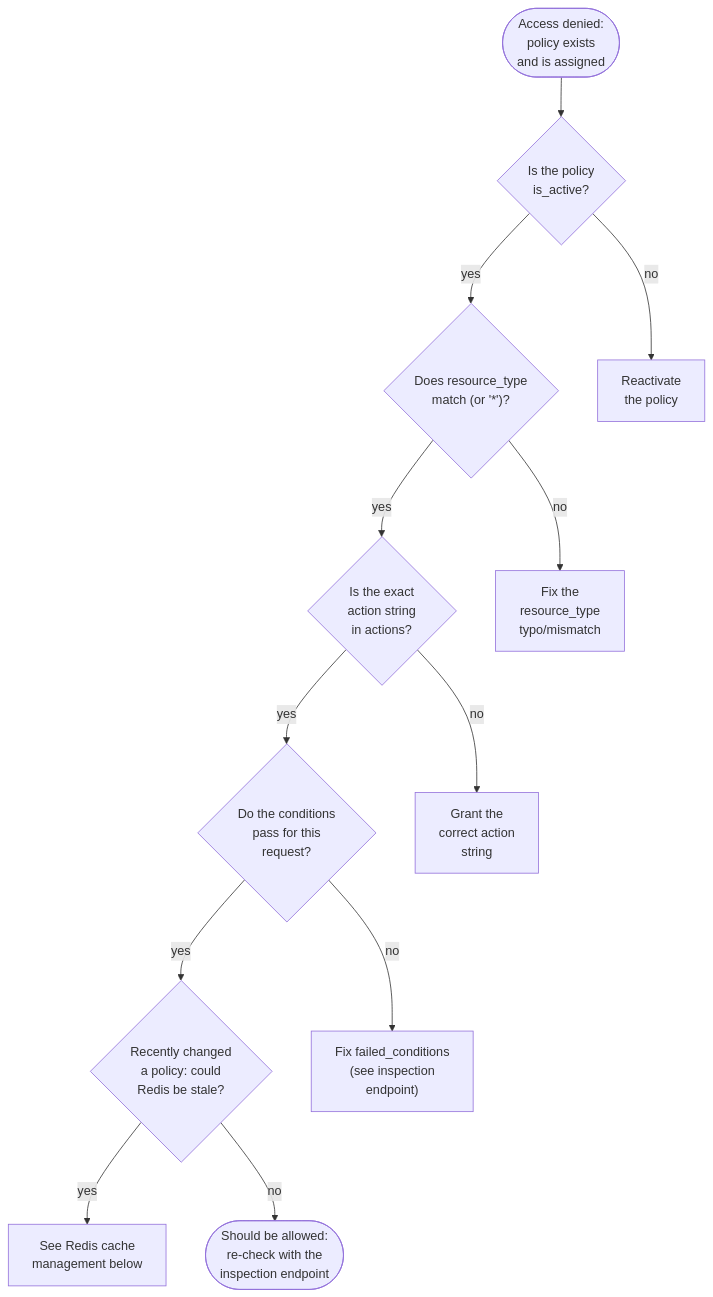
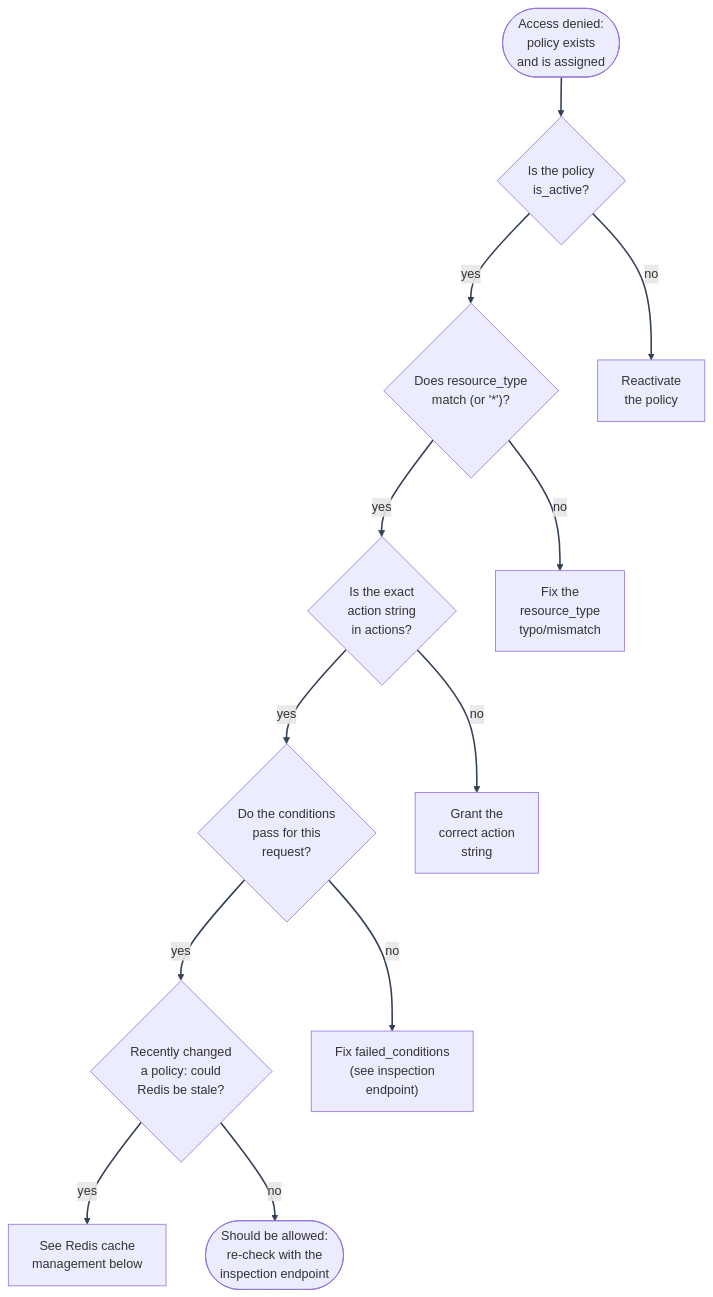
One commit to Nachiket-2024/mystic-auth changed the diagram in docs/mystic_auth/authorization/troubleshooting.md. Above: the diagram before and after it, drawn with Mermaid. The commit also changed other lines of this file and 630 other files, not shown here.

````diff
--- a/docs/mystic_auth/authorization/troubleshooting.md
+++ b/docs/mystic_auth/authorization/troubleshooting.md
@@ -24,27 +28,29 @@
 ```mermaid
+%%{init: {"themeVariables": {"lineColor": "#334155"}} }%%
 flowchart TD
-    Start(["Access denied:<br/>policy exists<br/>and is assigned"])
-    Active{"Is the policy<br/>is_active?"}
-    ResType{"Does resource_type<br/>match (or '*')?"}
-    Action{"Is the exact<br/>action string<br/>in actions?"}
-    Cond{"Do the conditions<br/>pass for this<br/>request?"}
-    Cache{"Recently changed<br/>a policy: could<br/>Redis be stale?"}
-    Fix1["Reactivate<br/>the policy"]
-    Fix2["Fix the<br/>resource_type<br/>typo/mismatch"]
-    Fix3["Grant the<br/>correct action<br/>string"]
-    Fix4["Fix failed_conditions<br/>(see inspection<br/>endpoint)"]
-    Fix5["See Redis cache<br/>management below"]
-    Allowed(["Should be allowed:<br/>re-check with the<br/>inspection endpoint"])
+    Start(["Access denied:<br/> policy exists<br/> and is assigned"])
+    Active{"Is the policy<br/> is_active?"}
+    ResType{"Does resource_type<br/> match (or '*')?"}
+    Action{"Is the exact<br/> action string<br/> in actions?"}
+    Cond{"Do the conditions<br/> pass for this<br/> request?"}
+    Cache{"Recently changed<br/> a policy: could<br/> Redis be stale?"}
+    Fix1["Reactivate<br/> the policy"]
+    Fix2["Fix the<br/> resource_type<br/> typo/mismatch"]
+    Fix3["Grant the<br/> correct action<br/> string"]
+    Fix4["Fix failed_conditions<br/> (see inspection<br/> endpoint)"]
+    Fix5["See Redis cache<br/> management below"]
+    Allowed(["Should be allowed:<br/> re-check with the<br/> inspection endpoint"])
 
     Start --> Active
     Active -- "no" --> Fix1
     Active -- "yes" --> ResType
     ResType -- "no" --> Fix2
     ResType -- "yes" --> Action
     Action -- "no" --> Fix3
     Action -- "yes" --> Cond
     Cond -- "no" --> Fix4
     Cond -- "yes" --> Cache
     Cache -- "yes" --> Fix5
     Cache -- "no" --> Allowed
+    linkStyle default stroke:#334155,stroke-width:2px
 ```
````
